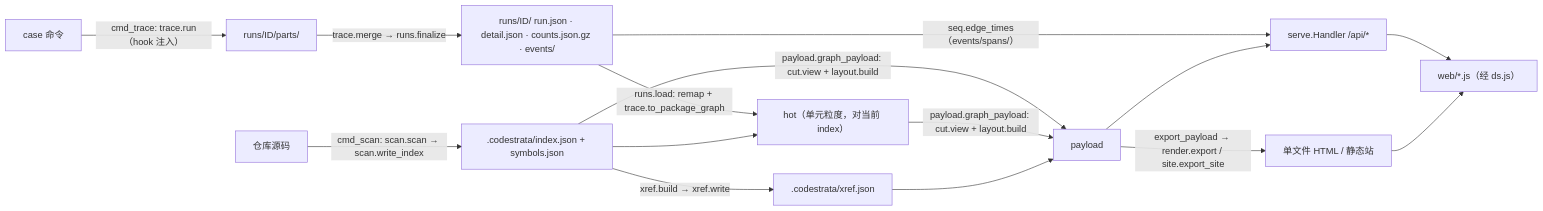
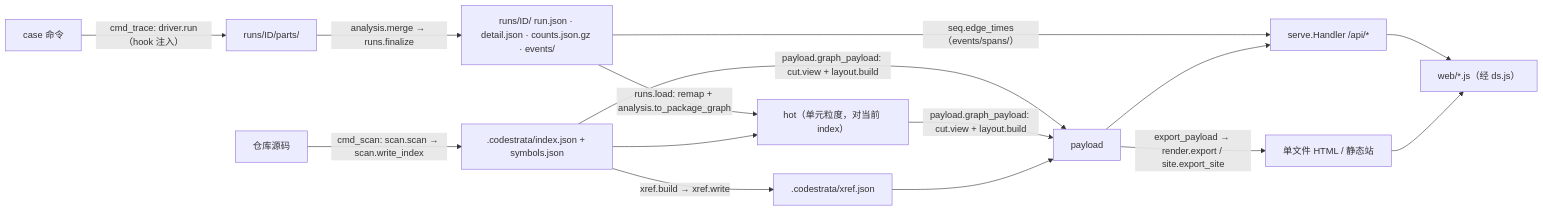
Before and after one commit to noviorlu/codestrata: the diagram in docs/ARCHITECTURE.md, drawn with Mermaid. The commit also changed other lines of this file and 17 other files, not shown here.

First line of the commit message:
Split trace.py into codestrata/trace/{hook,driver,analysis}.py

````diff
--- a/docs/ARCHITECTURE.md
+++ b/docs/ARCHITECTURE.md
@@ -15,16 +15,16 @@
 ```mermaid
 flowchart LR
   SRC["仓库源码"] -->|"cmd_scan: scan.scan → scan.write_index"| IDX[".codestrata/index.json + symbols.json"]
   IDX -->|"xref.build → xref.write"| XR[".codestrata/xref.json"]
-  CMD["case 命令"] -->|"cmd_trace: trace.run（hook 注入）"| PARTS["runs/ID/parts/"]
-  PARTS -->|"trace.merge → runs.finalize"| RUN["runs/ID/ run.json · detail.json · counts.json.gz · events/"]
-  RUN -->|"runs.load: remap + trace.to_package_graph"| HOT["hot（单元粒度，对当前 index）"]
+  CMD["case 命令"] -->|"cmd_trace: driver.run（hook 注入）"| PARTS["runs/ID/parts/"]
+  PARTS -->|"analysis.merge → runs.finalize"| RUN["runs/ID/ run.json · detail.json · counts.json.gz · events/"]
+  RUN -->|"runs.load: remap + analysis.to_package_graph"| HOT["hot（单元粒度，对当前 index）"]
   IDX --> HOT
   IDX & HOT -->|"payload.graph_payload: cut.view + layout.build"| PL["payload"]
   XR --> PL
   RUN -->|"seq.edge_times（events/spans/）"| API
   PL --> API["serve.Handler /api/*"]
   PL -->|"export_payload → render.export / site.export_site"| FILE["单文件 HTML / 静态站"]
   API --> WEB["web/*.js（经 ds.js）"]
   FILE --> WEB
 ```
````
